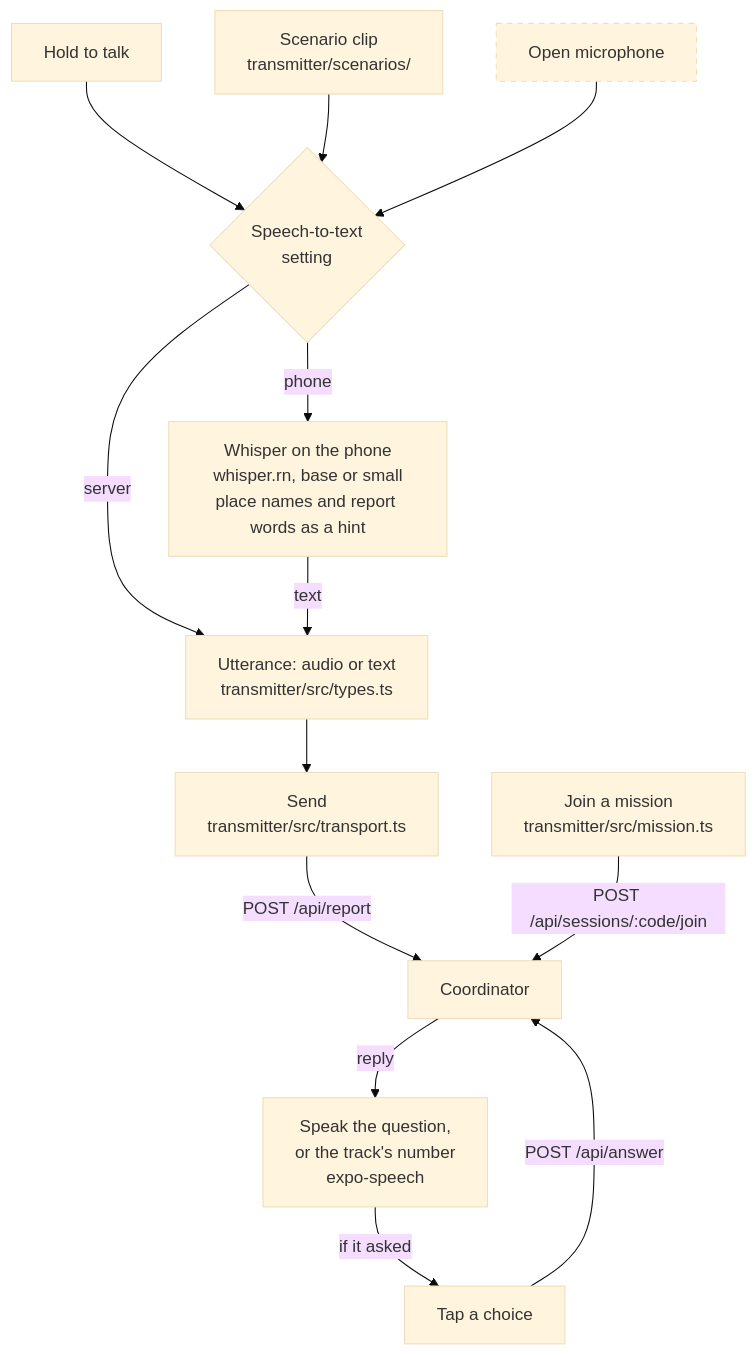
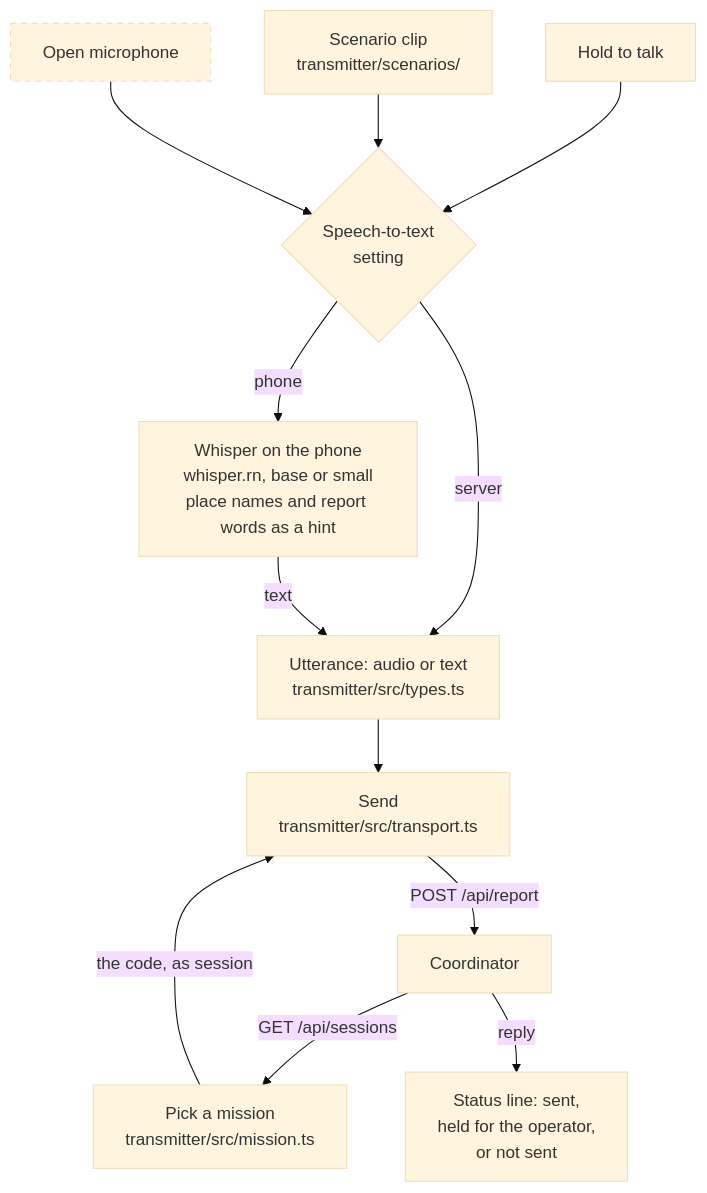
The third of 4 diagrams in docs/architecture.md (adam2765/edth-hackathon), drawn with Mermaid (base theme) before and after one commit. The commit also changed other lines of this file and 22 other files, not shown here.

First line of the commit message:
Transmitter: a radio on the net, with no join, call sign or answers

````diff
--- a/docs/architecture.md
+++ b/docs/architecture.md
@@ -93,24 +93,22 @@
 ```mermaid
 flowchart TB
     MIC["Hold to talk"]
     CLIP["Scenario clip<br/>transmitter/scenarios/"]
     OPEN["Open microphone"]:::todo
     STT{"Speech-to-text<br/>setting"}
     WH["Whisper on the phone<br/>whisper.rn, base or small<br/>place names and report words as a hint"]
     UTT["Utterance: audio or text<br/>transmitter/src/types.ts"]
     SEND["Send<br/>transmitter/src/transport.ts"]
-    JOIN["Join a mission<br/>transmitter/src/mission.ts"]
+    PICK["Pick a mission<br/>transmitter/src/mission.ts"]
     CO["Coordinator"]
-    SAY["Speak the question,<br/>or the track's number<br/>expo-speech"]
-    TAP["Tap a choice"]
+    LINE["Status line: sent,<br/>held for the operator,<br/>or not sent"]
 
     MIC & CLIP & OPEN --> STT
     STT -- "server" --> UTT
     STT -- "phone" --> WH -- "text" --> UTT
     UTT --> SEND -- "POST /api/report" --> CO
-    JOIN -- "POST /api/sessions/:code/join" --> CO
-    CO -- "reply" --> SAY -- "if it asked" --> TAP
-    TAP -- "POST /api/answer" --> CO
+    CO -- "GET /api/sessions" --> PICK -- "the code, as session" --> SEND
+    CO -- "reply" --> LINE
 
     classDef todo stroke-dasharray: 5 5
 ```
````
